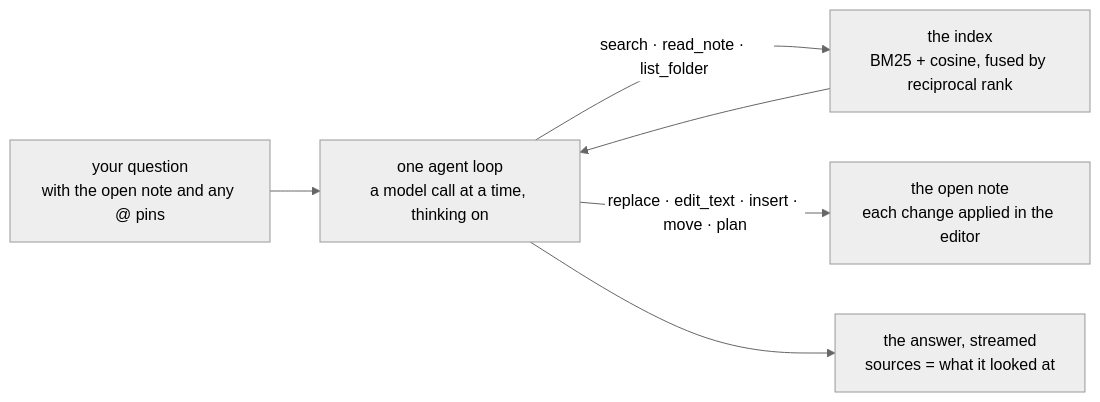
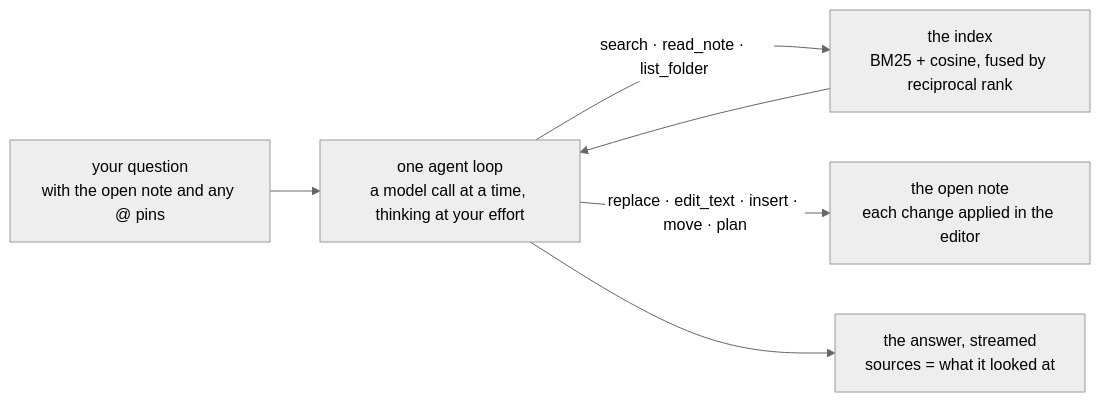
The fourth of 4 diagrams in README.md (TimurAkhtemov/slim-obsidian), drawn with Mermaid (neutral theme) before and after one commit. The commit also changed other lines of this file and 26 other files, not shown here.

````diff
--- a/README.md
+++ b/README.md
@@ -164,8 +164,8 @@
 ```mermaid
 flowchart LR
-    Q["your question<br/>with the open note and any @ pins"] --> L["one agent loop<br/>a model call at a time, thinking on"]
+    Q["your question<br/>with the open note and any @ pins"] --> L["one agent loop<br/>a model call at a time, thinking at your effort"]
     L -- "search · read_note · list_folder" --> I["the index<br/>BM25 + cosine, fused by reciprocal rank"]
     I --> L
     L -- "replace · edit_text · insert · move · plan" --> E["the open note<br/>each change applied in the editor"]
     L --> A["the answer, streamed<br/>sources = what it looked at"]
 ```
````
